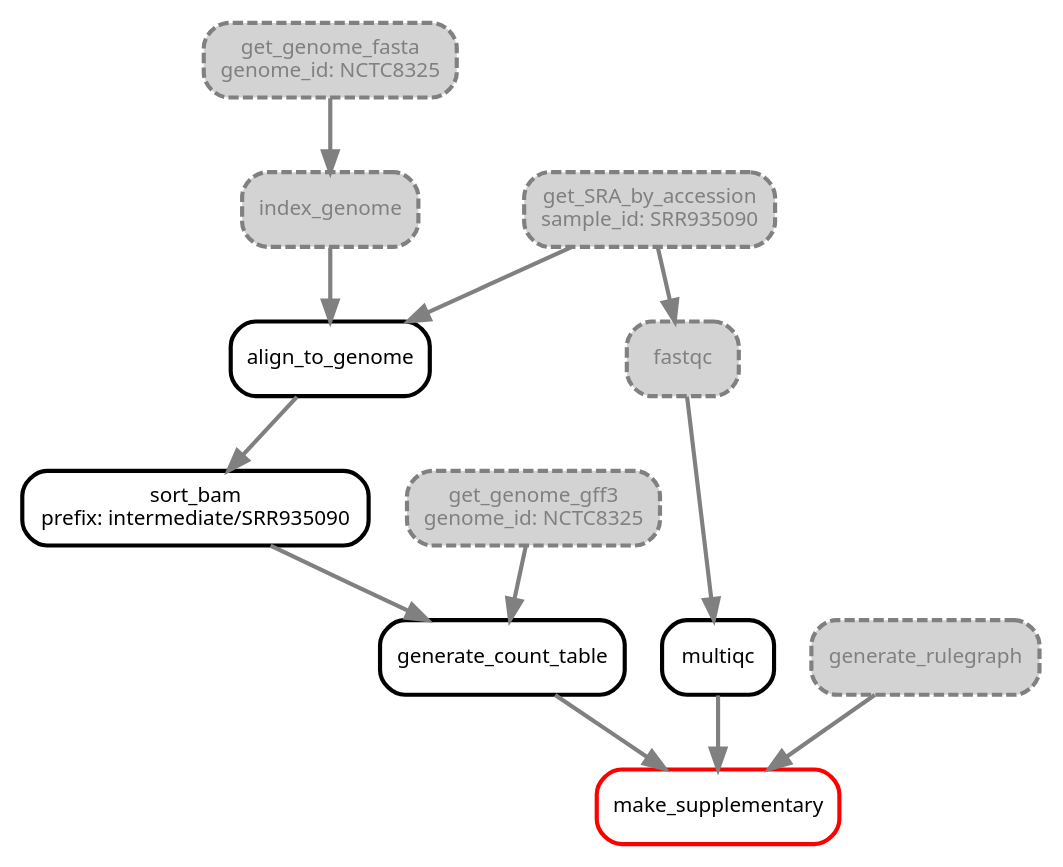
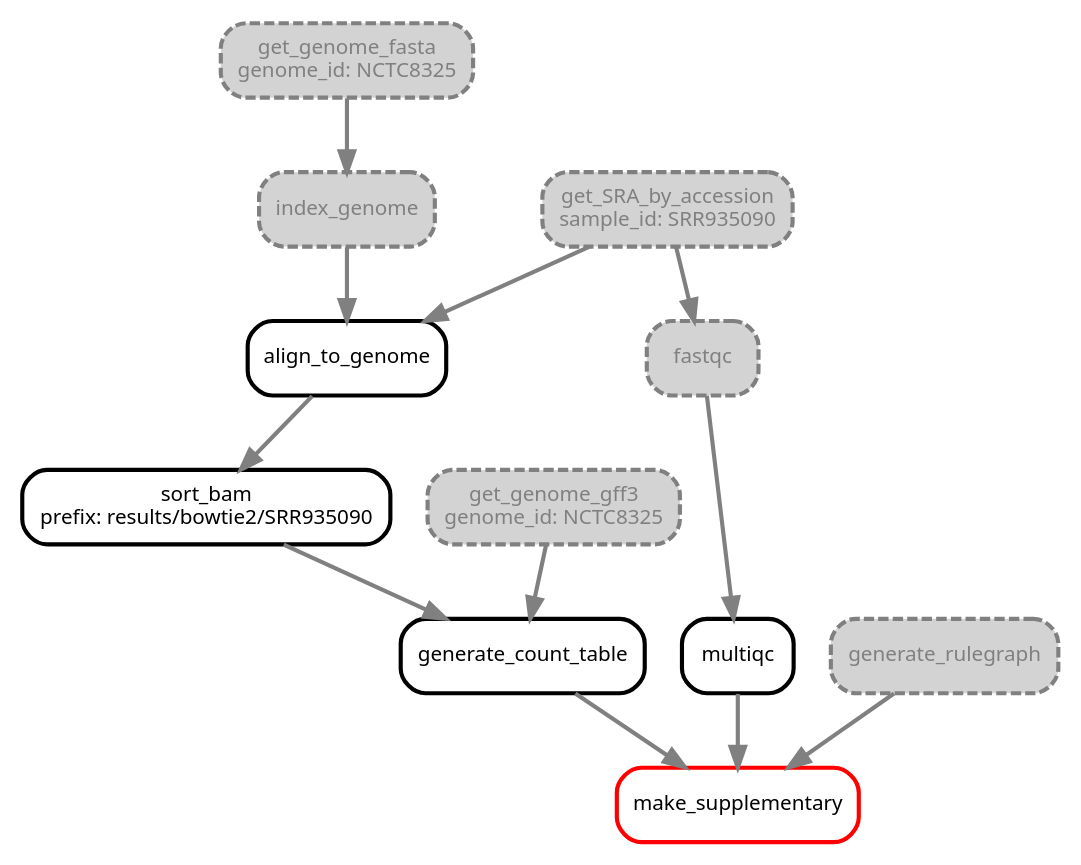
Diagram 12 of 12 in lectures/snakemake/snakemake.qmd (NBISweden/workshop-reproducible-research), drawn with Graphviz before and after one commit. The commit also changed other lines of this file and 12 other files, not shown here.

````diff
--- a/lectures/snakemake/snakemake.qmd
+++ b/lectures/snakemake/snakemake.qmd
@@ -751,29 +751,29 @@
 ```{dot}
 digraph snakemake_dag {
     graph[bgcolor=white, margin=1];
     node[shape=box, style=rounded, fontname=sans,                 fontsize=10, penwidth=2];
     edge[penwidth=2, color=grey];
         0[label = "make_supplementary", color = "red", style="rounded"];
         1[label = "generate_count_table", color = "black", style="rounded"];
-        2[label = "sort_bam\nprefix: intermediate/SRR935090", color = "black", style="rounded"];
+        2[label = "sort_bam\nprefix: results/bowtie2/SRR935090", color = "black", style="rounded"];
         3[label = "align_to_genome", color = "black", style="rounded"];
         4[label = "get_SRA_by_accession\nsample_id: SRR935090", fontcolor="grey", fillcolor="lightgrey", color = "grey", style="rounded,dashed,filled"];
         5[label = "index_genome", color = "grey", fillcolor="lightgrey", fontcolor="grey", style="rounded,dashed,filled"];
         6[label = "get_genome_fasta\ngenome_id: NCTC8325", color = "grey", fontcolor="grey", fillcolor="lightgrey", style="rounded,dashed,filled"];
         7[label = "get_genome_gff3\ngenome_id: NCTC8325", color = "grey", fontcolor="grey", fillcolor="lightgrey", style="rounded,dashed,filled"];
         8[label = "multiqc", color = "black", style="rounded"];
         9[label = "fastqc", color = "grey", fillcolor="lightgrey", fontcolor="grey", style="rounded,dashed,filled"];
         10[label = "generate_rulegraph", background_color="black", fontcolor="grey", color = "grey", fillcolor="lightgrey", style="rounded,dashed,filled"];
         1 -> 0
         8 -> 0
         10 -> 0
         2 -> 1
         7 -> 1
         3 -> 2
         4 -> 3
         5 -> 3
         6 -> 5
         9 -> 8
         4 -> 9
 }
 ```
````
